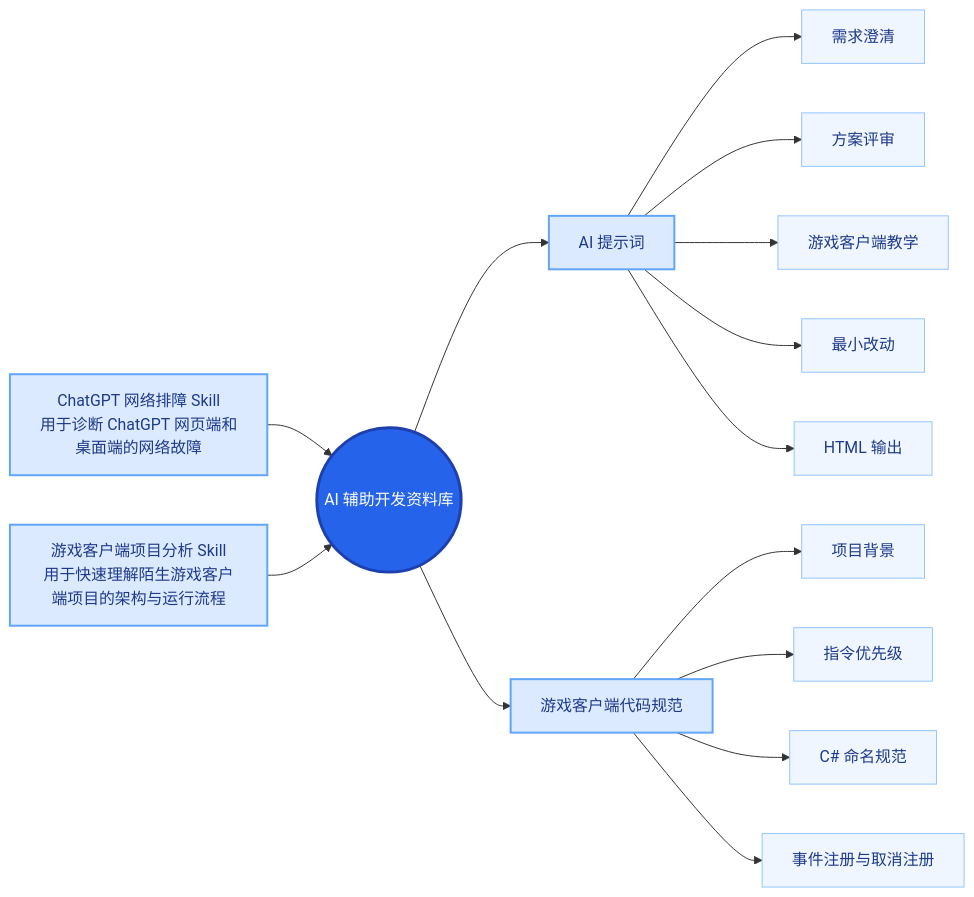
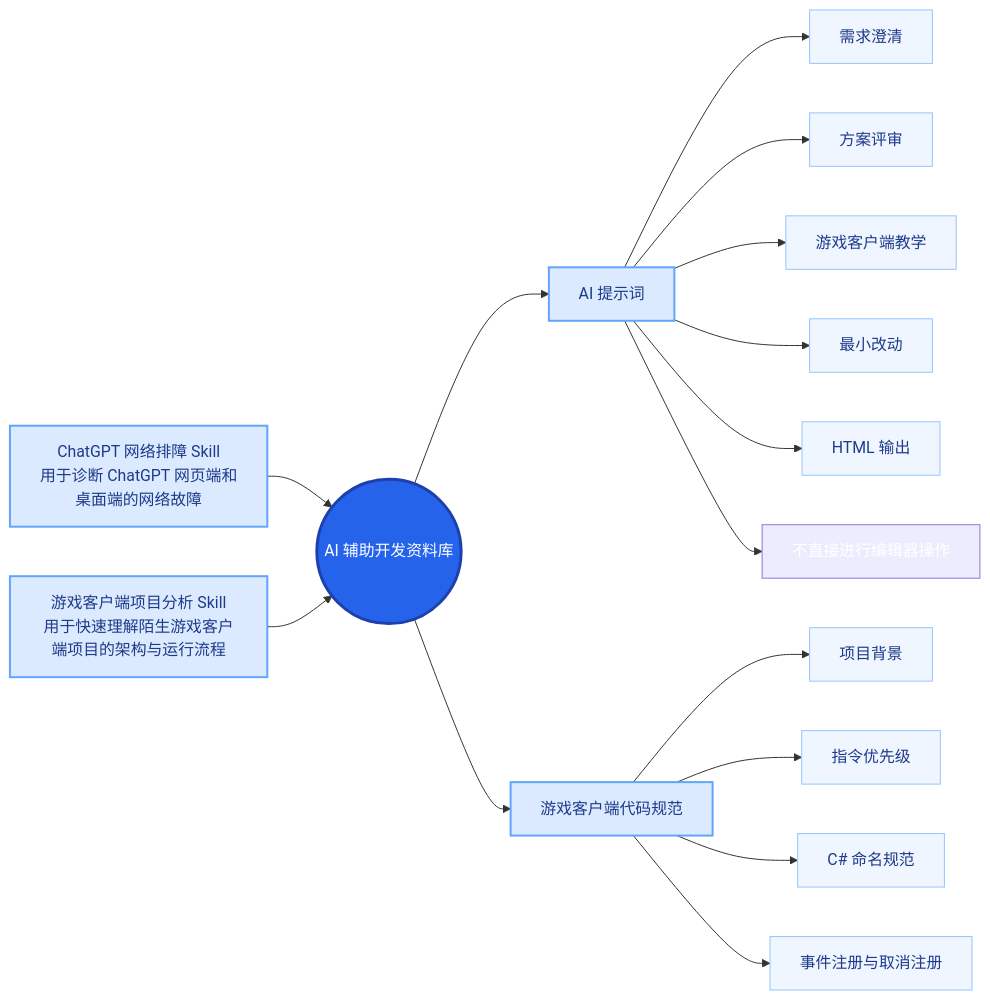
One commit to Amolao/MySkill changed the diagram in README.md. Above: the diagram before and after it, drawn with Mermaid.

````diff
--- a/README.md
+++ b/README.md
@@ -4,31 +4,32 @@
 ```mermaid
 flowchart LR
     %% 左侧分支
     A[ChatGPT 网络排障 Skill<br/>用于诊断 ChatGPT 网页端和桌面端的网络故障]
     B[游戏客户端项目分析 Skill<br/>用于快速理解陌生游戏客户端项目的架构与运行流程]
 
     A --> R((AI 辅助开发资料库))
     B --> R
 
     %% 右侧分支
     R --> C[AI 提示词]
     C --> C1[需求澄清]
     C --> C2[方案评审]
     C --> C3[游戏客户端教学]
     C --> C4[最小改动]
     C --> C5[HTML 输出]
+    C --> C6[不直接进行编辑器操作]
 
     R --> D[游戏客户端代码规范]
     D --> D1[项目背景]
     D --> D2[指令优先级]
     D --> D3[C# 命名规范]
     D --> D4[事件注册与取消注册]
 
     classDef root fill:#2563eb,color:#fff,stroke:#1e40af,stroke-width:3px;
     classDef branch fill:#dbeafe,color:#1e3a8a,stroke:#60a5fa,stroke-width:2px;
     classDef item fill:#eff6ff,color:#1e3a8a,stroke:#93c5fd;
 
     class R root;
     class A,B,C,D branch;
     class C1,C2,C3,C4,C5,D1,D2,D3,D4 item;
 ```
````
